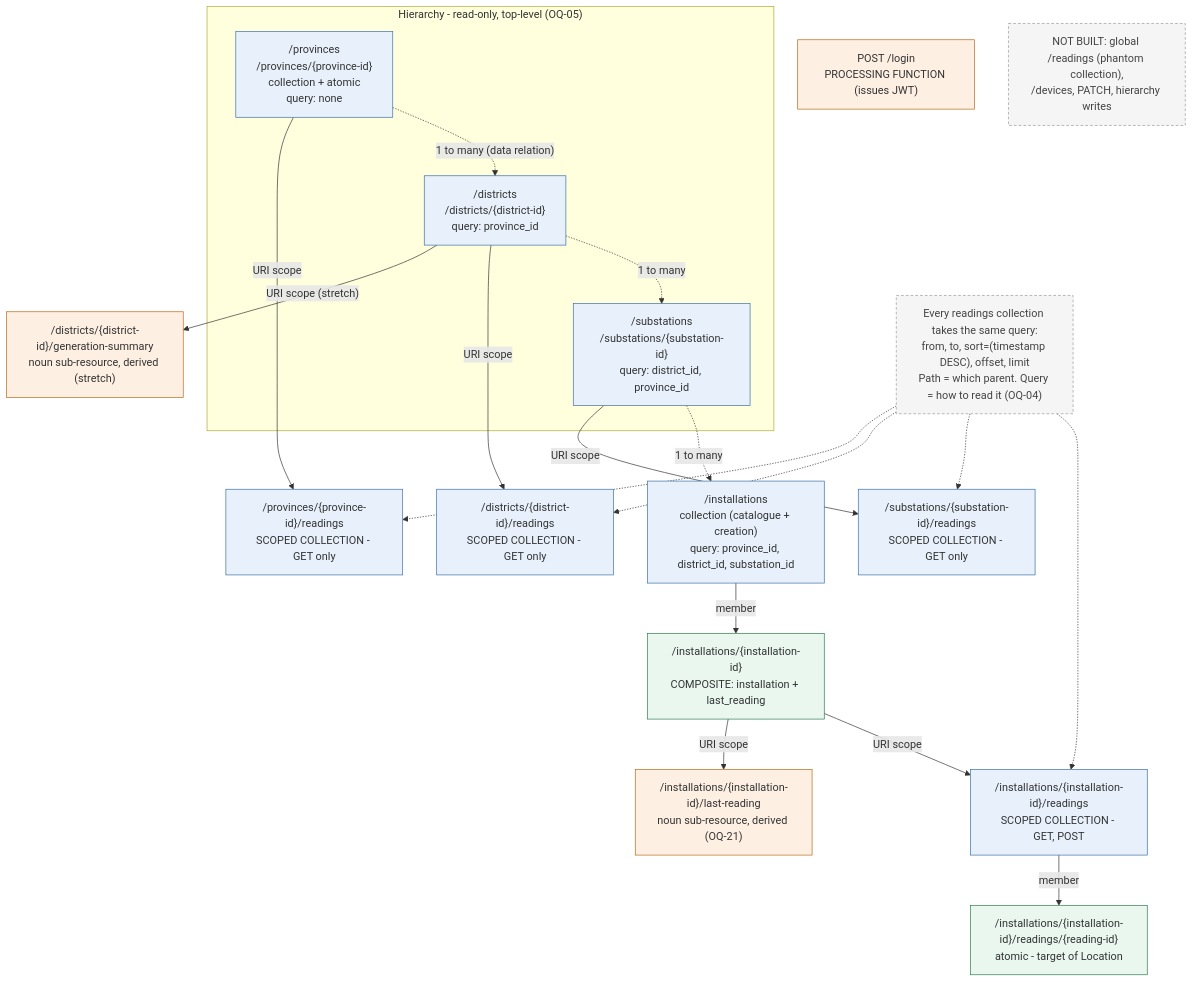
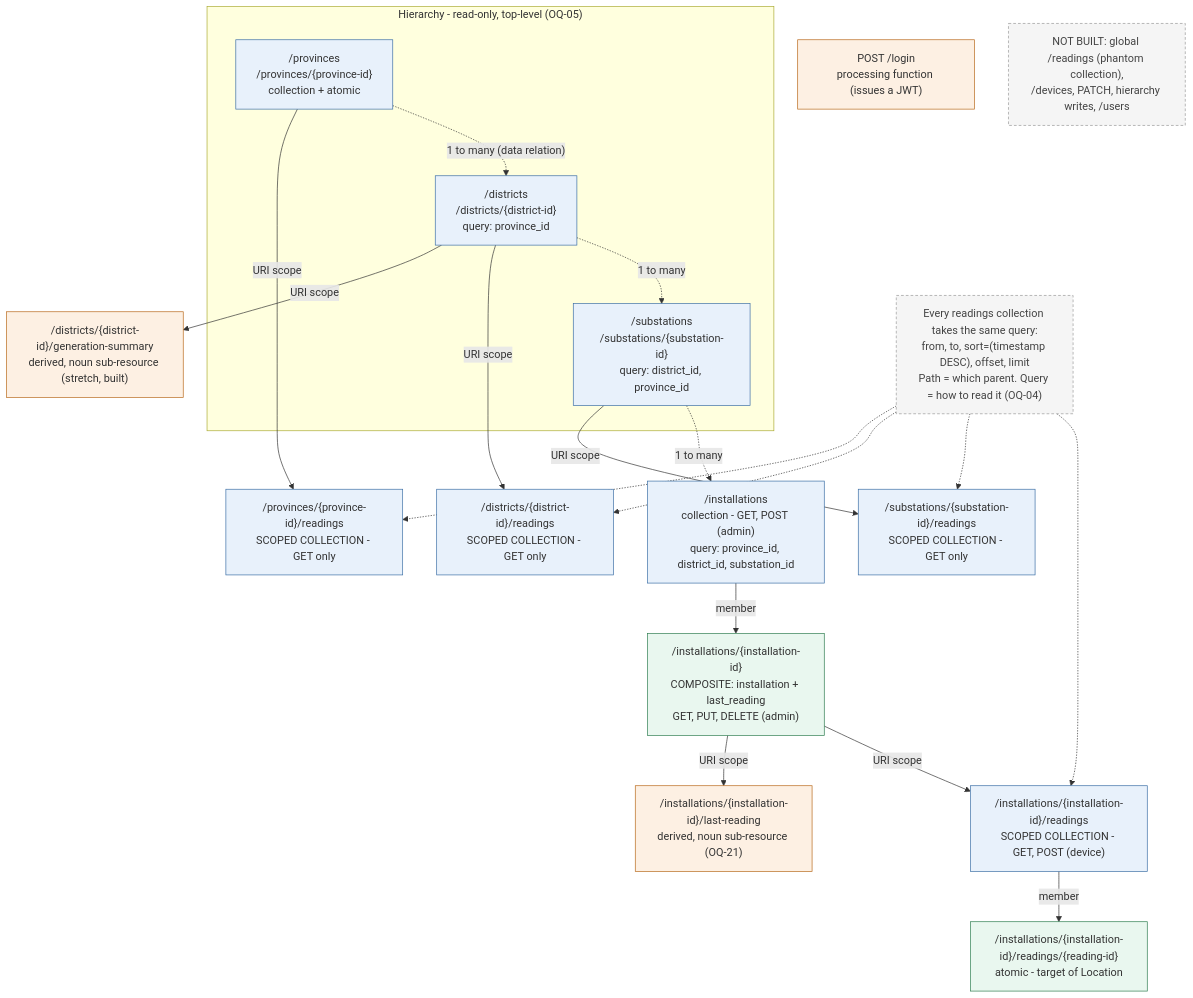
One commit to hashiniRanasinghe/solar-api changed the diagram in docs/design/diagrams/02-resource-model.mmd. Above: the diagram before and after it, drawn with Mermaid. The commit also changed 21 other files, not shown here.

Commit message:
docs: cleanup of diagrams, data model, decisions, AI log format, PLAN and playbook

```diff
--- a/docs/design/diagrams/02-resource-model.mmd
+++ b/docs/design/diagrams/02-resource-model.mmd
@@ -1,53 +1,52 @@
 %% 02-resource-model.mmd - REST resources and relationships (Level 2)
 %% Basis: BRIEF §3, §5, §6; WP §4.1-4.6 (resource kinds), §5.1, §5.6, §5.7 (naming, scoping, query string); LEC S3, S5, S6, S8
 %% Decisions: my-decisions §5, §6, §11. All paths are under the base path /solar/v1.0.
-%% DECIDED (YOU): OQ-04 (readings scoped under installation, substation, district, province), OQ-05 (top-level hierarchy),
-%% OQ-21 (noun sub-resources). No OPEN dependency remains in this diagram.
+%% OQ-04 (readings under installation, substation, district, province), OQ-05 (top-level hierarchy), OQ-21 (noun sub-resources): DECIDED.
 flowchart TD
   subgraph HIER["Hierarchy - read-only, top-level (OQ-05)"]
-    PROV["/provinces<br/>/provinces/{province-id}<br/>collection + atomic<br/>query: none"]
+    PROV["/provinces<br/>/provinces/{province-id}<br/>collection + atomic"]
     DIST["/districts<br/>/districts/{district-id}<br/>query: province_id"]
     SUBS["/substations<br/>/substations/{substation-id}<br/>query: district_id, province_id"]
   end
 
-  INST["/installations<br/>collection (catalogue + creation)<br/>query: province_id, district_id, substation_id"]
-  INSTM["/installations/{installation-id}<br/>COMPOSITE: installation + last_reading"]
-  RD["/installations/{installation-id}/readings<br/>SCOPED COLLECTION - GET, POST"]
+  INST["/installations<br/>collection - GET, POST (admin)<br/>query: province_id, district_id, substation_id"]
+  INSTM["/installations/{installation-id}<br/>COMPOSITE: installation + last_reading<br/>GET, PUT, DELETE (admin)"]
+  RD["/installations/{installation-id}/readings<br/>SCOPED COLLECTION - GET, POST (device)"]
   RDM["/installations/{installation-id}/readings/{reading-id}<br/>atomic - target of Location"]
-  LAST["/installations/{installation-id}/last-reading<br/>noun sub-resource, derived (OQ-21)"]
+  LAST["/installations/{installation-id}/last-reading<br/>derived, noun sub-resource (OQ-21)"]
 
   SUBR["/substations/{substation-id}/readings<br/>SCOPED COLLECTION - GET only"]
   DISTR["/districts/{district-id}/readings<br/>SCOPED COLLECTION - GET only"]
   PROVR["/provinces/{province-id}/readings<br/>SCOPED COLLECTION - GET only"]
 
-  SUM["/districts/{district-id}/generation-summary<br/>noun sub-resource, derived (stretch)"]
-  LOGIN["POST /login<br/>PROCESSING FUNCTION (issues JWT)"]
+  SUM["/districts/{district-id}/generation-summary<br/>derived, noun sub-resource (stretch, built)"]
+  LOGIN["POST /login<br/>processing function (issues a JWT)"]
 
   QRY["Every readings collection takes the same query:<br/>from, to, sort=(timestamp DESC), offset, limit<br/>Path = which parent. Query = how to read it (OQ-04)"]
 
   PROV -. "1 to many (data relation)" .-> DIST
   DIST -. "1 to many" .-> SUBS
   SUBS -. "1 to many" .-> INST
   INST -- "member" --> INSTM
   INSTM -- "URI scope" --> RD
   RD -- "member" --> RDM
   INSTM -- "URI scope" --> LAST
   SUBS -- "URI scope" --> SUBR
   DIST -- "URI scope" --> DISTR
   PROV -- "URI scope" --> PROVR
-  DIST -- "URI scope (stretch)" --> SUM
+  DIST -- "URI scope" --> SUM
   QRY -.-> RD
   QRY -.-> SUBR
   QRY -.-> DISTR
   QRY -.-> PROVR
 
-  NOGLOBAL["NOT BUILT: global /readings (phantom collection),<br/>/devices, PATCH, hierarchy writes"]
+  NOGLOBAL["NOT BUILT: global /readings (phantom collection),<br/>/devices, PATCH, hierarchy writes, /users"]
 
   classDef coll fill:#e8f1fb,stroke:#3b6ea5
   classDef comp fill:#e9f7ef,stroke:#2e7d4f
   classDef proc fill:#fdf0e3,stroke:#b8681a
   classDef note fill:#f5f5f5,stroke:#999,stroke-dasharray:4 3,color:#444
   class PROV,DIST,SUBS,INST,RD,SUBR,DISTR,PROVR coll
   class INSTM,RDM comp
   class LAST,SUM,LOGIN proc
   class QRY,NOGLOBAL note
```
